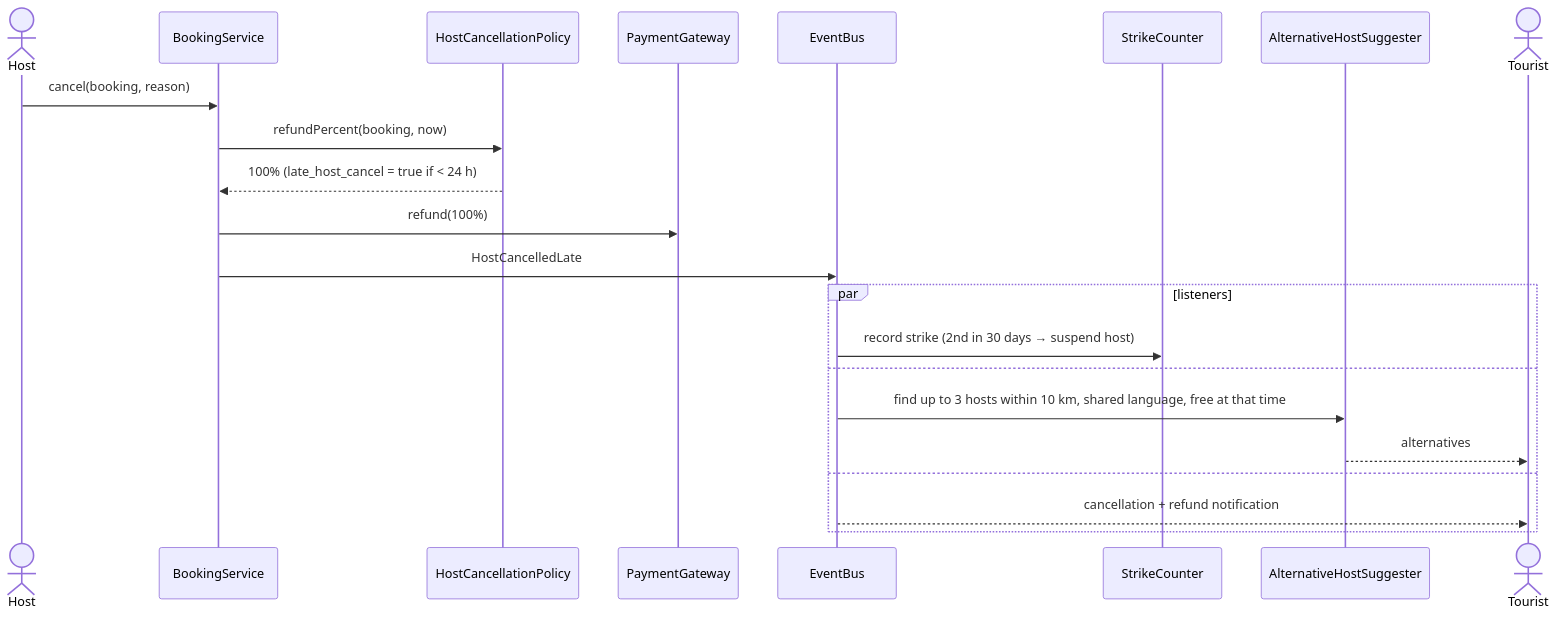
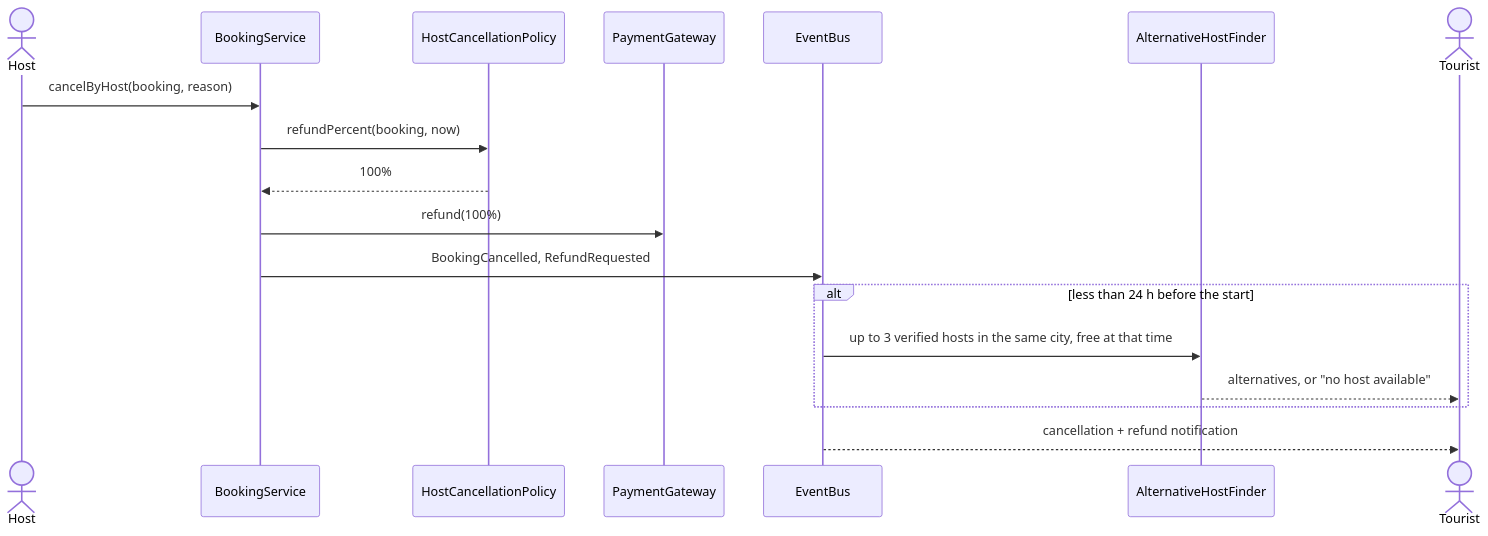
The sixth of 6 diagrams in docs/architecture.md (nourbouzir/Ahla), drawn with Mermaid before and after one commit. The commit also changed other lines of this file and 5 other files, not shown here.

````diff
--- a/docs/architecture.md
+++ b/docs/architecture.md
@@ -337,25 +326,21 @@
 ```mermaid
 sequenceDiagram
     actor H as Host
     participant BS as BookingService
     participant RP as HostCancellationPolicy
     participant PG as PaymentGateway
     participant BUS as EventBus
-    participant SC as StrikeCounter
-    participant AS as AlternativeHostSuggester
+    participant AF as AlternativeHostFinder
     actor T as Tourist
 
-    H->>BS: cancel(booking, reason)
+    H->>BS: cancelByHost(booking, reason)
     BS->>RP: refundPercent(booking, now)
-    RP-->>BS: 100% (late_host_cancel = true if < 24 h)
+    RP-->>BS: 100%
     BS->>PG: refund(100%)
-    BS->>BUS: HostCancelledLate
-    par listeners
-        BUS->>SC: record strike (2nd in 30 days → suspend host)
-    and
-        BUS->>AS: find up to 3 hosts within 10 km, shared language, free at that time
-        AS-->>T: alternatives
-    and
-        BUS-->>T: cancellation + refund notification
+    BS->>BUS: BookingCancelled, RefundRequested
+    alt less than 24 h before the start
+        BUS->>AF: up to 3 verified hosts in the same city, free at that time
+        AF-->>T: alternatives, or "no host available"
     end
+    BUS-->>T: cancellation + refund notification
 ```
````
